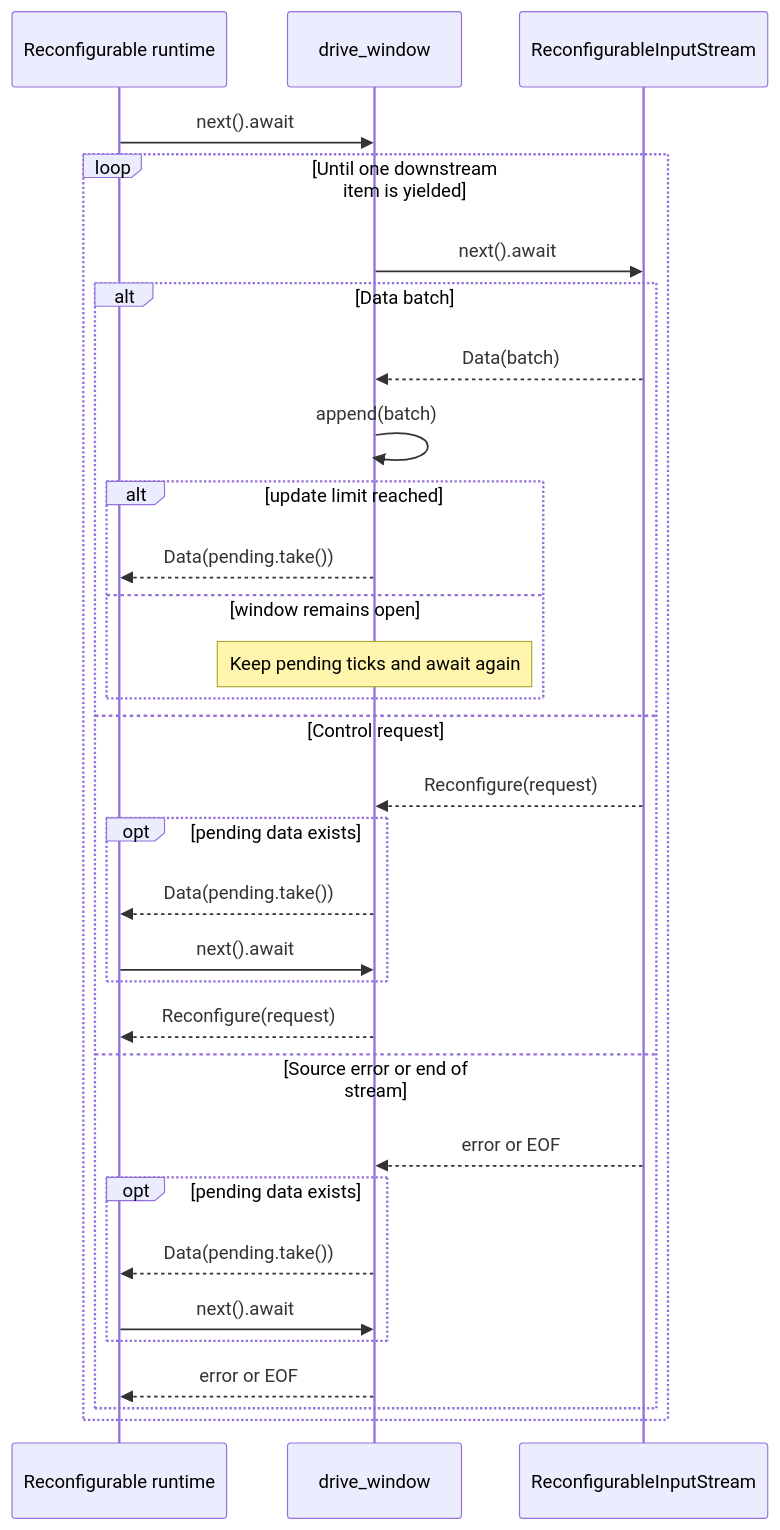
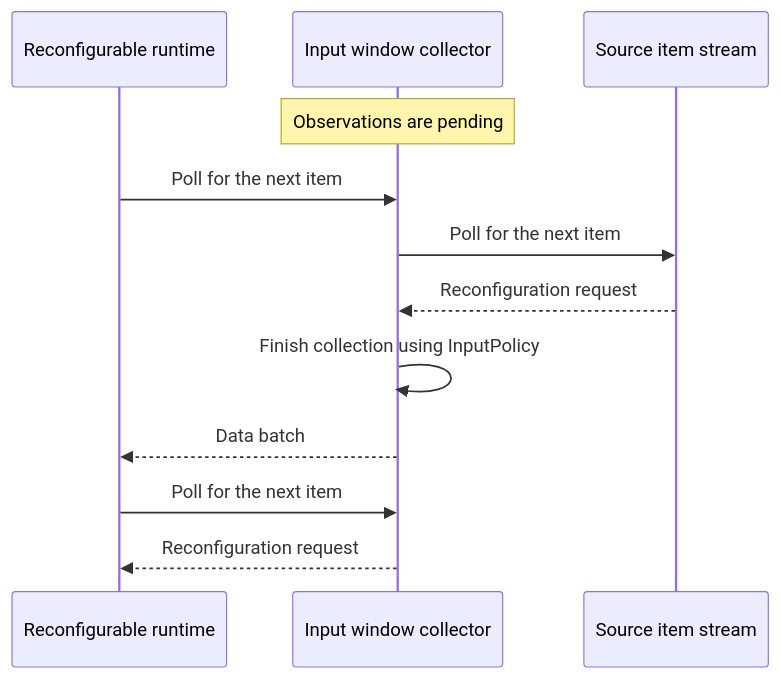
One commit to INTO-CPS-Association/robosapiens-trustworthiness-checker changed the third of 4 diagrams in docs/src/input-architecture.md. Above: the diagram before and after it, drawn with Mermaid. The commit also changed other lines of this file and 17 other files, not shown here.

````diff
--- a/docs/src/input-architecture.md
+++ b/docs/src/input-architecture.md
@@ -199,37 +178,18 @@
 ```mermaid
 sequenceDiagram
-    accTitle: Pending input leaves before a control or terminal source outcome
-    accDescr: A reconfigurable runtime pulls from drive_window, which pulls from the reconfigurable input stream. Data batches accumulate until a threshold or another boundary emits them. If control, source error, or end of stream arrives while data is pending, drive_window yields the pending data first and only then yields the control item, error, or end of stream.
+    accTitle: A pending input window is delivered before a reconfiguration request
+    accDescr: The runtime polls the input collector while it holds observations. The collector receives a reconfiguration request from its source stream and yields the pending window result first. On the runtime's next poll, it yields the request without polling the source again.
 
     participant runtime as Reconfigurable runtime
-    participant barrier as drive_window
-    participant source as ReconfigurableInputStream
+    participant collector as Input window collector
+    participant source as Source item stream
 
-    runtime->>barrier: next().await
-    loop Until one downstream item is yielded
-        barrier->>source: next().await
-        alt Data batch
-            source-->>barrier: Data(batch)
-            barrier->>barrier: append(batch)
-            alt update limit reached
-                barrier-->>runtime: Data(pending.take())
-            else window remains open
-                Note over barrier: Keep pending ticks and await again
-            end
-        else Control request
-            source-->>barrier: Reconfigure(request)
-            opt pending data exists
-                barrier-->>runtime: Data(pending.take())
-                runtime->>barrier: next().await
-            end
-            barrier-->>runtime: Reconfigure(request)
-        else Source error or end of stream
-            source-->>barrier: error or EOF
-            opt pending data exists
-                barrier-->>runtime: Data(pending.take())
-                runtime->>barrier: next().await
-            end
-            barrier-->>runtime: error or EOF
-        end
-    end
+    Note over collector: Observations are pending
+    runtime->>collector: Poll for the next item
+    collector->>source: Poll for the next item
+    source-->>collector: Reconfiguration request
+    collector->>collector: Finish collection using InputPolicy
+    collector-->>runtime: Data batch
+    runtime->>collector: Poll for the next item
+    collector-->>runtime: Reconfiguration request
 ```
````
